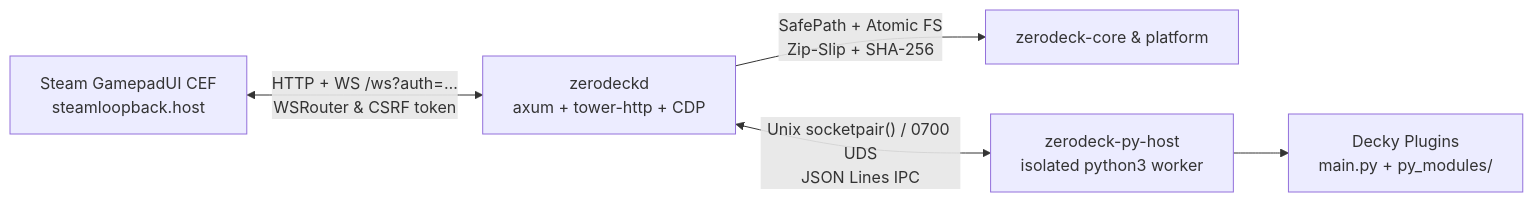
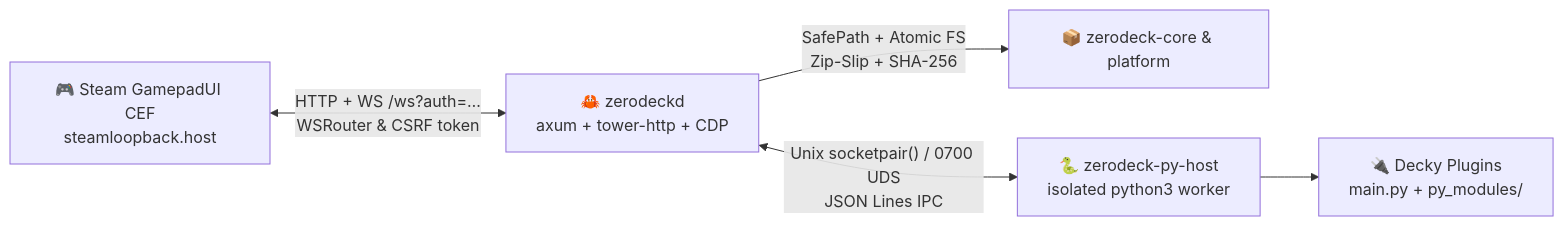
One commit to ygorsimoes/zerodeck changed the diagram in README.md. Above: the diagram before and after it, drawn with Mermaid. The commit also changed other lines of this file and 2 other files, not shown here.

````diff
--- a/README.md
+++ b/README.md
@@ -73,7 +48,7 @@
 ```mermaid
 flowchart LR
-    CEF["Steam GamepadUI CEF<br/>steamloopback.host"] <-->|"HTTP + WS /ws?auth=…<br/>WSRouter & CSRF token"| Server["zerodeckd<br/>axum + tower-http + CDP"]
-    Server -->|"SafePath + Atomic FS<br/>Zip-Slip + SHA-256"| Core["zerodeck-core & platform"]
-    Server <-->|"Unix socketpair() / 0700 UDS<br/>JSON Lines IPC"| PyHost["zerodeck-py-host<br/>isolated python3 worker"]
-    PyHost --> Plugins["Decky Plugins<br/>main.py + py_modules/"]
+    CEF["🎮 Steam GamepadUI CEF<br/>steamloopback.host"] <-->|"HTTP + WS /ws?auth=…<br/>WSRouter & CSRF token"| Server["🦀 zerodeckd<br/>axum + tower-http + CDP"]
+    Server -->|"SafePath + Atomic FS<br/>Zip-Slip + SHA-256"| Core["📦 zerodeck-core & platform"]
+    Server <-->|"Unix socketpair() / 0700 UDS<br/>JSON Lines IPC"| PyHost["🐍 zerodeck-py-host<br/>isolated python3 worker"]
+    PyHost --> Plugins["🔌 Decky Plugins<br/>main.py + py_modules/"]
 ```
````
